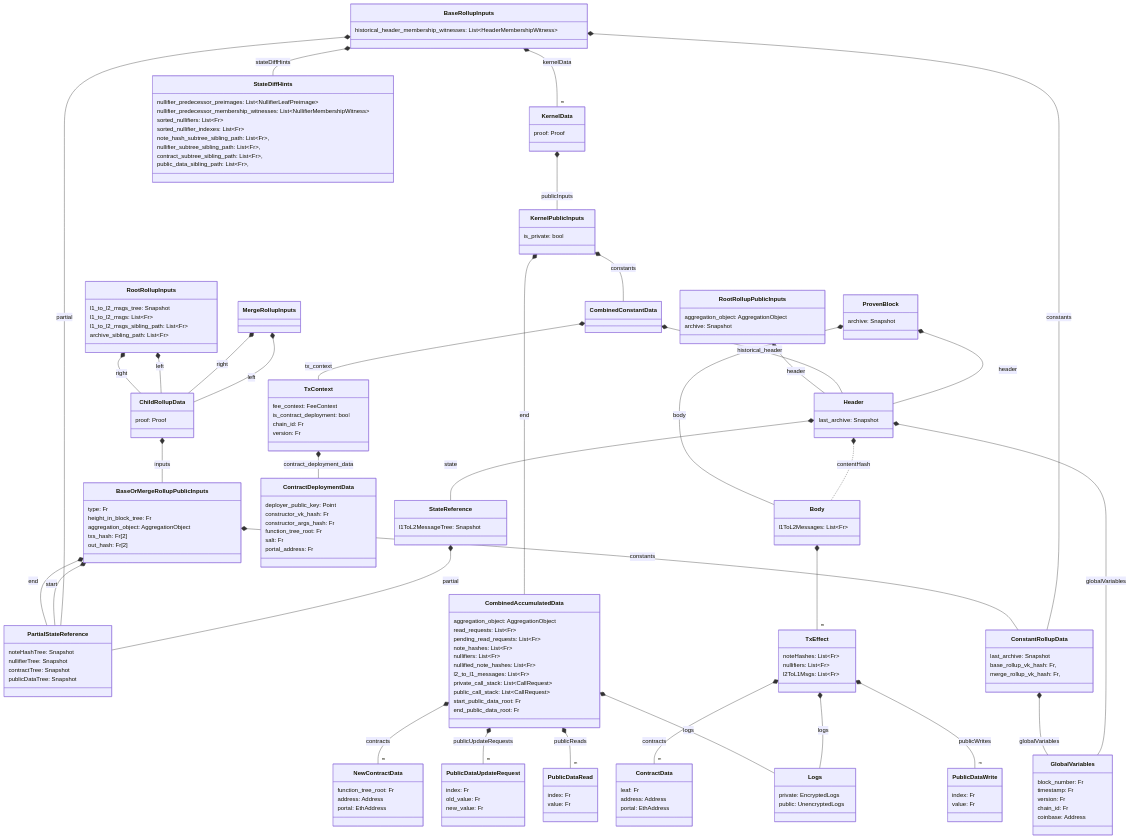
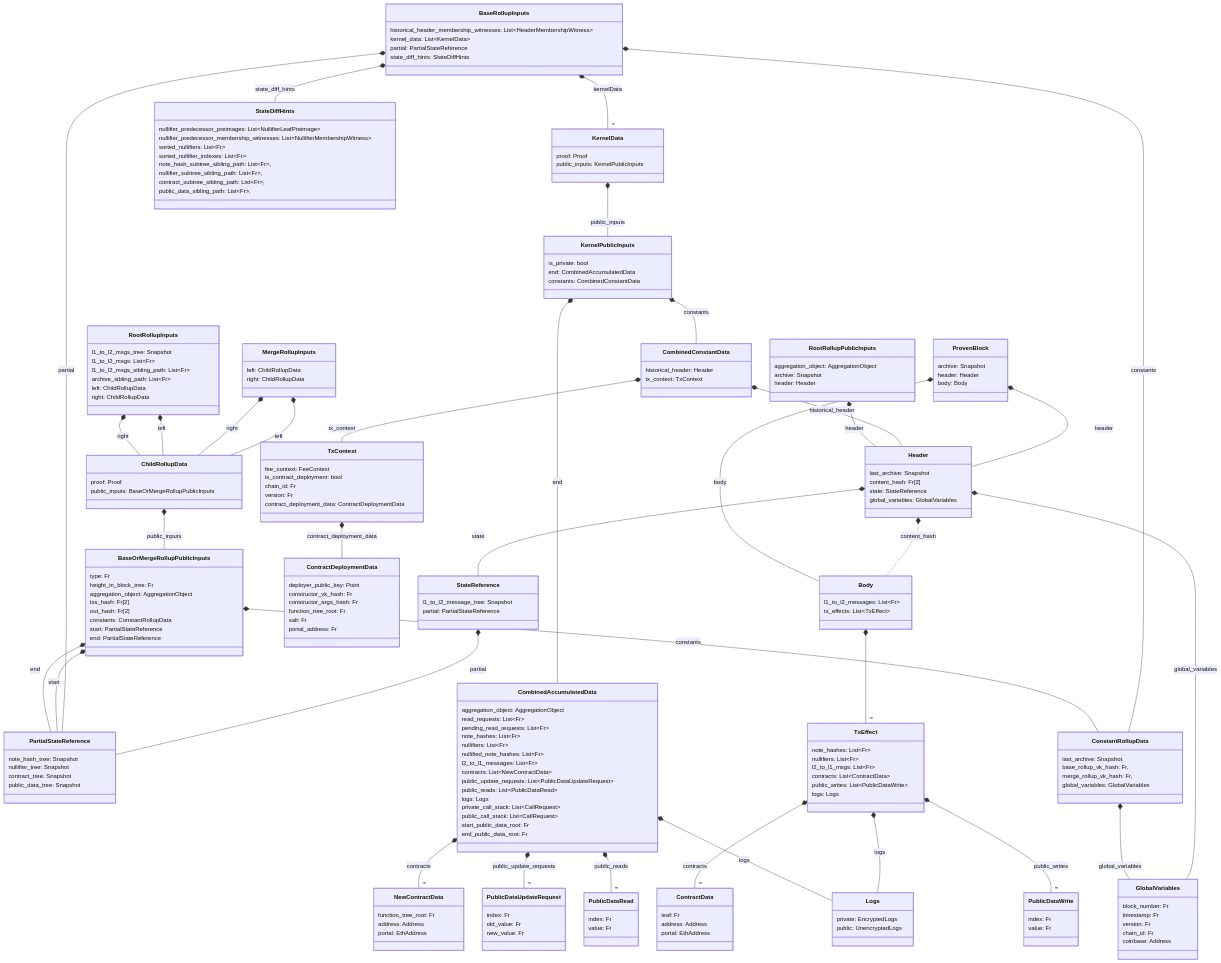
One commit to AztecProtocol/aztec-packages changed the second of 5 diagrams in yellow-paper/docs/rollup-circuits/index.md. Above: the diagram before and after it, drawn with Mermaid. The commit also changed other lines of this file and 5 other files, not shown here.

Commit message:
chore: update diagrams

````diff
--- a/yellow-paper/docs/rollup-circuits/index.md
+++ b/yellow-paper/docs/rollup-circuits/index.md
@@ -97,16 +97,16 @@
 classDiagram
 direction TB
 
-
 class PartialStateReference {
-    noteHashTree: Snapshot
-    nullifierTree: Snapshot
-    contractTree: Snapshot
-    publicDataTree: Snapshot
+    note_hash_tree: Snapshot
+    nullifier_tree: Snapshot
+    contract_tree: Snapshot
+    public_data_tree: Snapshot
 }
 
 class StateReference {
-    l1ToL2MessageTree: Snapshot
+    l1_to_l2_message_tree: Snapshot
+    partial: PartialStateReference
 }
 StateReference *-- PartialStateReference: partial
 
@@ -120,10 +120,13 @@
 
 class Header {
     last_archive: Snapshot
+    content_hash: Fr[2]
+    state: StateReference
+    global_variables: GlobalVariables
 }
-Header *.. Body : contentHash
+Header *.. Body : content_hash
 Header *-- StateReference : state
-Header *-- GlobalVariables : globalVariables
+Header *-- GlobalVariables : global_variables
 
 class ContractData {
     leaf: Fr
@@ -142,21 +145,27 @@
 }
 
 class TxEffect {
-    noteHashes: List~Fr~
+    note_hashes: List~Fr~
     nullifiers: List~Fr~
-    l2ToL1Msgs: List~Fr~
+    l2_to_l1_msgs: List~Fr~
+    contracts: List~ContractData~
+    public_writes: List~PublicDataWrite~
+    logs: Logs
 }
 TxEffect *-- "m" ContractData: contracts
-TxEffect *-- "m" PublicDataWrite: publicWrites
+TxEffect *-- "m" PublicDataWrite: public_writes
 TxEffect *-- Logs : logs
 
 class Body {
-    l1ToL2Messages: List~Fr~
+    l1_to_l2_messages: List~Fr~
+    tx_effects: List~TxEffect~
 }
 Body *-- "m" TxEffect
 
 class ProvenBlock { 
     archive: Snapshot
+    header: Header
+    body: Body
 }
 
 ProvenBlock *-- Header : header
@@ -166,8 +175,9 @@
   last_archive: Snapshot
   base_rollup_vk_hash: Fr,
   merge_rollup_vk_hash: Fr,
+  global_variables: GlobalVariables
 }
-ConstantRollupData *-- GlobalVariables : globalVariables
+ConstantRollupData *-- GlobalVariables : global_variables
 
 class PublicDataUpdateRequest {
     index: Fr
@@ -195,6 +205,10 @@
     nullified_note_hashes: List~Fr~
 
     l2_to_l1_messages: List~Fr~
+    contracts: List~NewContractData~
+    public_update_requests: List~PublicDataUpdateRequest~
+    public_reads: List~PublicDataRead~
+    logs: Logs
 
     private_call_stack: List~CallRequest~
     public_call_stack: List~CallRequest~
@@ -202,8 +216,8 @@
     end_public_data_root: Fr
 }
 CombinedAccumulatedData *-- "m" NewContractData: contracts
-CombinedAccumulatedData *-- "m" PublicDataUpdateRequest: publicUpdateRequests
-CombinedAccumulatedData *-- "m" PublicDataRead: publicReads
+CombinedAccumulatedData *-- "m" PublicDataUpdateRequest: public_update_requests
+CombinedAccumulatedData *-- "m" PublicDataRead: public_reads
 CombinedAccumulatedData *-- Logs : logs
 
 class ContractDeploymentData {
@@ -220,23 +234,30 @@
     is_contract_deployment: bool
     chain_id: Fr
     version: Fr
+    contract_deployment_data: ContractDeploymentData
 }
 TxContext *-- ContractDeploymentData: contract_deployment_data
 
-class CombinedConstantData { }
+class CombinedConstantData { 
+    historical_header: Header
+    tx_context: TxContext
+}
 CombinedConstantData *-- Header : historical_header
 CombinedConstantData *-- TxContext : tx_context
 
 class KernelPublicInputs {
   is_private: bool
+  end: CombinedAccumulatedData
+  constants: CombinedConstantData
 }
 KernelPublicInputs *-- CombinedAccumulatedData : end
 KernelPublicInputs *-- CombinedConstantData : constants
 
 class KernelData {
   proof: Proof
+  public_inputs: KernelPublicInputs
 }
-KernelData *-- KernelPublicInputs : publicInputs
+KernelData *-- KernelPublicInputs : public_inputs
 
 class StateDiffHints {
   nullifier_predecessor_preimages: List~NullifierLeafPreimage~
@@ -251,10 +272,13 @@
 
 class BaseRollupInputs {
   historical_header_membership_witnesses: List~HeaderMembershipWitness~
+  kernel_data: List~KernelData~
+  partial: PartialStateReference
+  state_diff_hints: StateDiffHints
 }
 BaseRollupInputs *-- "m" KernelData : kernelData
 BaseRollupInputs *-- PartialStateReference : partial
-BaseRollupInputs *-- StateDiffHints : stateDiffHints
+BaseRollupInputs *-- StateDiffHints : state_diff_hints
 BaseRollupInputs *-- ConstantRollupData : constants
 
 class BaseOrMergeRollupPublicInputs {
@@ -263,6 +287,9 @@
     aggregation_object: AggregationObject
     txs_hash: Fr[2]
     out_hash: Fr[2]
+    constants: ConstantRollupData
+    start: PartialStateReference
+    end: PartialStateReference
 }
 BaseOrMergeRollupPublicInputs *-- ConstantRollupData : constants
 BaseOrMergeRollupPublicInputs *-- PartialStateReference : start
@@ -270,10 +297,14 @@
 
 class ChildRollupData {
     proof: Proof
+    public_inputs: BaseOrMergeRollupPublicInputs
 }
-ChildRollupData *-- BaseOrMergeRollupPublicInputs: inputs
+ChildRollupData *-- BaseOrMergeRollupPublicInputs: public_inputs
 
-class MergeRollupInputs { }
+class MergeRollupInputs { 
+    left: ChildRollupData
+    right: ChildRollupData
+}
 MergeRollupInputs *-- ChildRollupData: left
 MergeRollupInputs *-- ChildRollupData: right
 
@@ -283,6 +314,8 @@
     l1_to_l2_msgs_sibling_path: List~Fr~
 
     archive_sibling_path: List~Fr~
+    left: ChildRollupData
+    right: ChildRollupData
 }
 RootRollupInputs *-- ChildRollupData: left
 RootRollupInputs *-- ChildRollupData: right
@@ -291,6 +324,7 @@
 class RootRollupPublicInputs {
     aggregation_object: AggregationObject
     archive: Snapshot
+    header: Header
 }
 RootRollupPublicInputs *--Header : header
 ```
````
